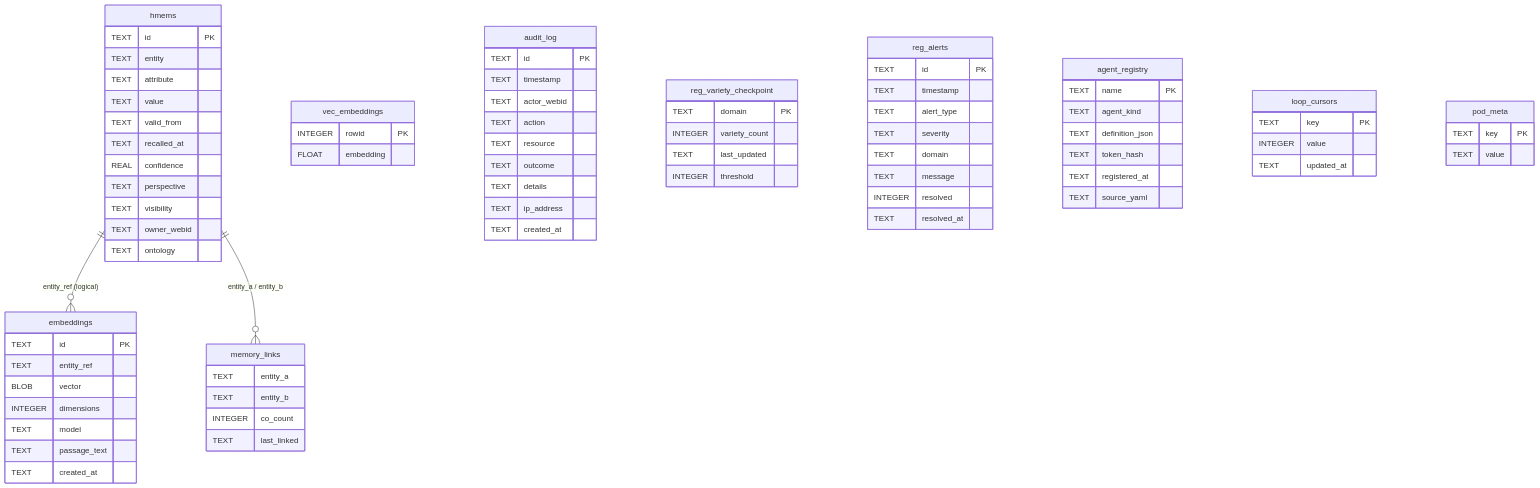
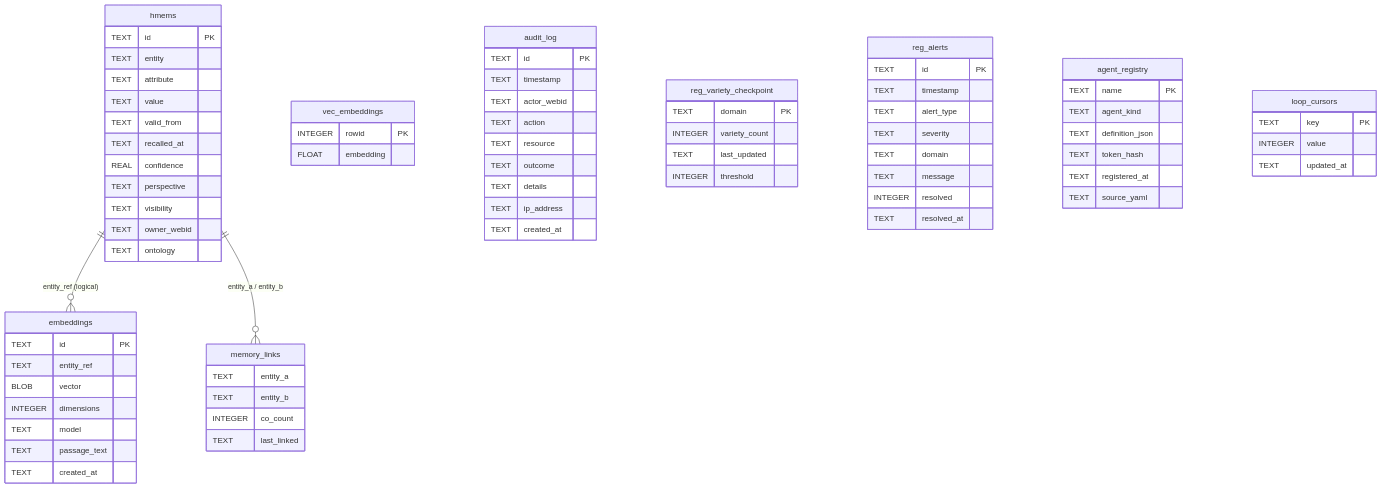
Before and after one commit to mdz-axo/zed-kask: the second of 2 diagrams in kask/docs/diataxis/hkask-storage/reference.md, drawn with Mermaid. The commit also changed other lines of this file and 47 other files, not shown here.

````diff
--- a/kask/docs/diataxis/hkask-storage/reference.md
+++ b/kask/docs/diataxis/hkask-storage/reference.md
@@ -278,8 +278,4 @@
         INTEGER value
         TEXT updated_at
     }
-    pod_meta {
-        TEXT key PK
-        TEXT value
-    }
 ```
````
